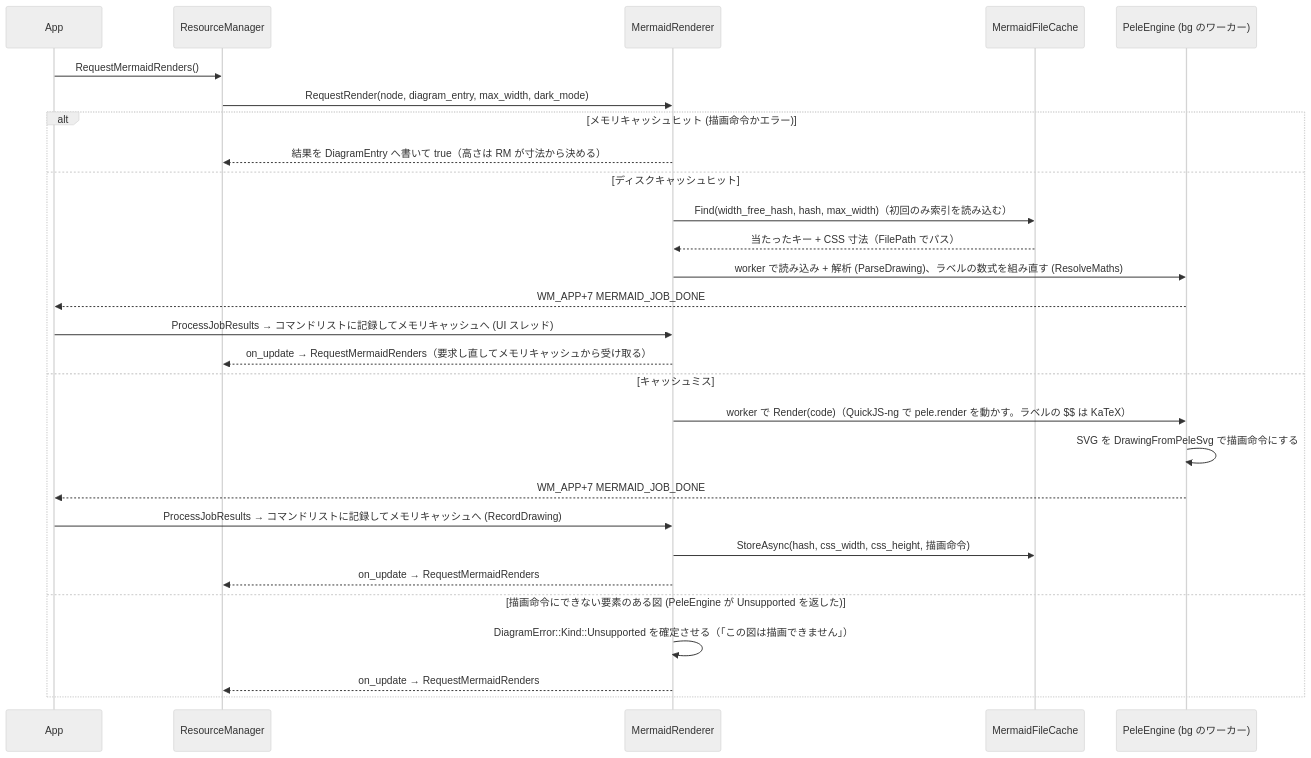
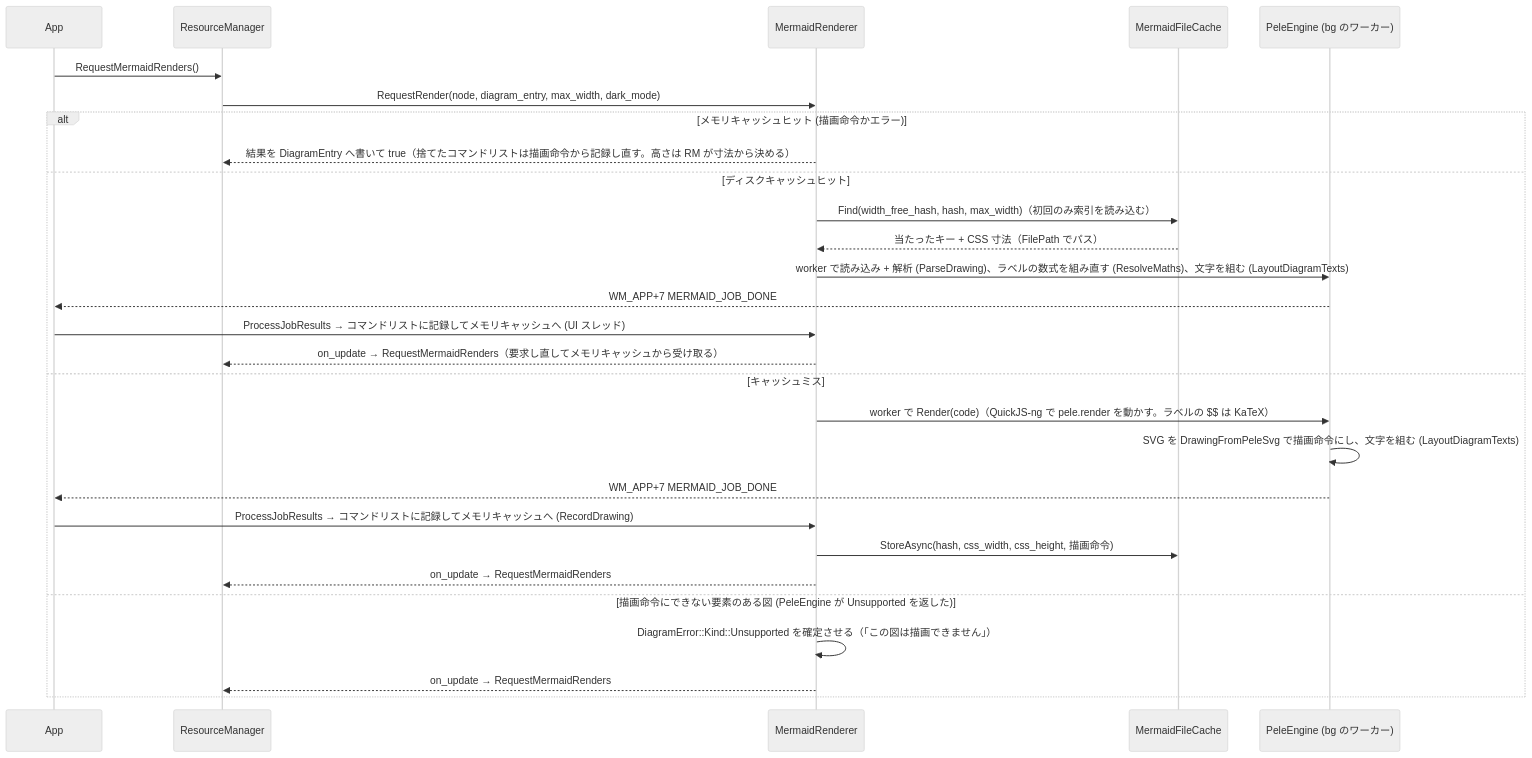
Diagram 11 of 58 in example/test.md (tanaton/mendo), drawn with Mermaid (neutral theme) before and after one commit. The commit also changed other lines of this file and 91 other files, not shown here.

````diff
--- a/example/test.md
+++ b/example/test.md
@@ -1562,31 +1631,31 @@
 ```mermaid
 sequenceDiagram
     participant APP as App
     participant RM as ResourceManager
     participant MR as MermaidRenderer
     participant FC as MermaidFileCache
     participant PE as PeleEngine (bg のワーカー)
 
     APP->>RM: RequestMermaidRenders()
     RM->>MR: RequestRender(node, diagram_entry, max_width, dark_mode)
     alt メモリキャッシュヒット (描画命令かエラー)
-        MR-->>RM: 結果を DiagramEntry へ書いて true（高さは RM が寸法から決める）
+        MR-->>RM: 結果を DiagramEntry へ書いて true（捨てたコマンドリストは描画命令から記録し直す。高さは RM が寸法から決める）
     else ディスクキャッシュヒット
         MR->>FC: Find(width_free_hash, hash, max_width)（初回のみ索引を読み込む）
         FC-->>MR: 当たったキー + CSS 寸法（FilePath でパス）
-        MR->>PE: worker で読み込み + 解析 (ParseDrawing)、ラベルの数式を組み直す (ResolveMaths)
+        MR->>PE: worker で読み込み + 解析 (ParseDrawing)、ラベルの数式を組み直す (ResolveMaths)、文字を組む (LayoutDiagramTexts)
         PE-->>APP: WM_APP+7 MERMAID_JOB_DONE
         APP->>MR: ProcessJobResults → コマンドリストに記録してメモリキャッシュへ (UI スレッド)
         MR-->>RM: on_update → RequestMermaidRenders（要求し直してメモリキャッシュから受け取る）
     else キャッシュミス
         MR->>PE: worker で Render(code)（QuickJS-ng で pele.render を動かす。ラベルの $$ は KaTeX）
-        PE->>PE: SVG を DrawingFromPeleSvg で描画命令にする
+        PE->>PE: SVG を DrawingFromPeleSvg で描画命令にし、文字を組む (LayoutDiagramTexts)
         PE-->>APP: WM_APP+7 MERMAID_JOB_DONE
         APP->>MR: ProcessJobResults → コマンドリストに記録してメモリキャッシュへ (RecordDrawing)
         MR->>FC: StoreAsync(hash, css_width, css_height, 描画命令)
         MR-->>RM: on_update → RequestMermaidRenders
     else 描画命令にできない要素のある図 (PeleEngine が Unsupported を返した)
         MR->>MR: DiagramError::Kind::Unsupported を確定させる（「この図は描画できません」）
         MR-->>RM: on_update → RequestMermaidRenders
     end
 ```
````
